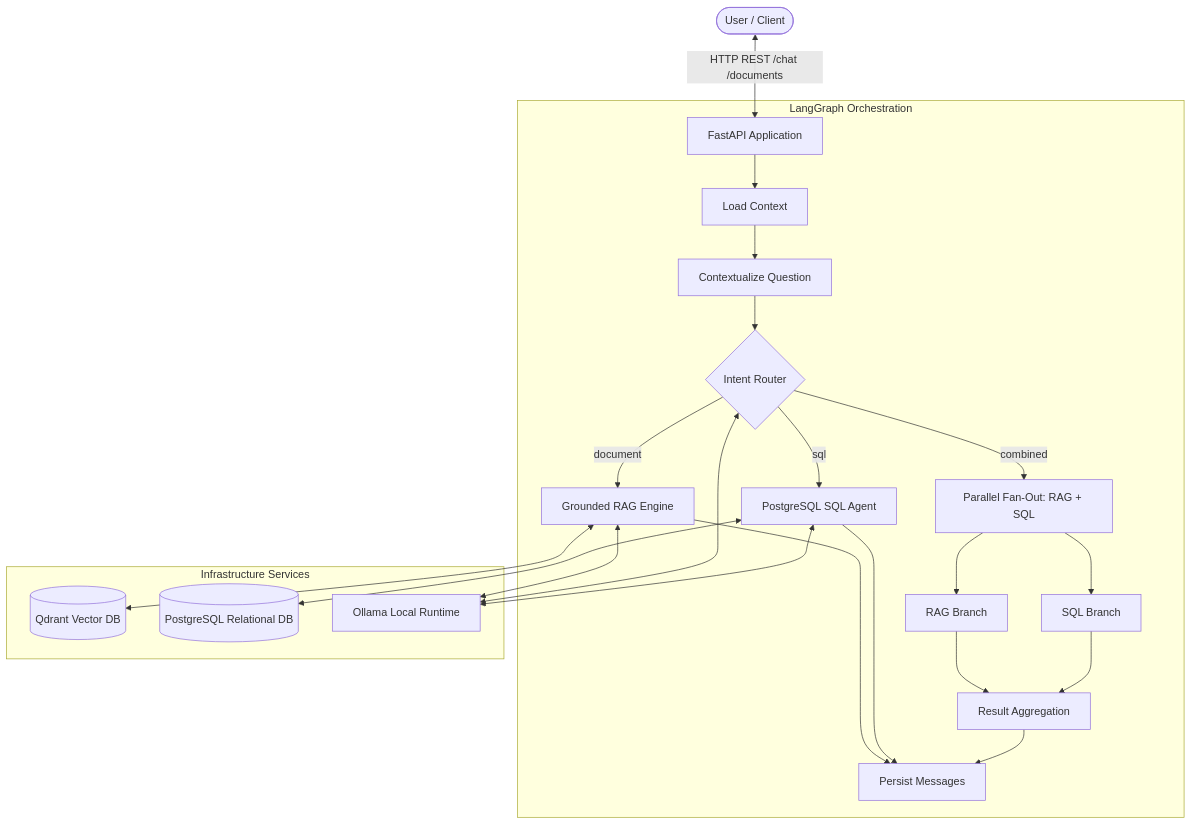
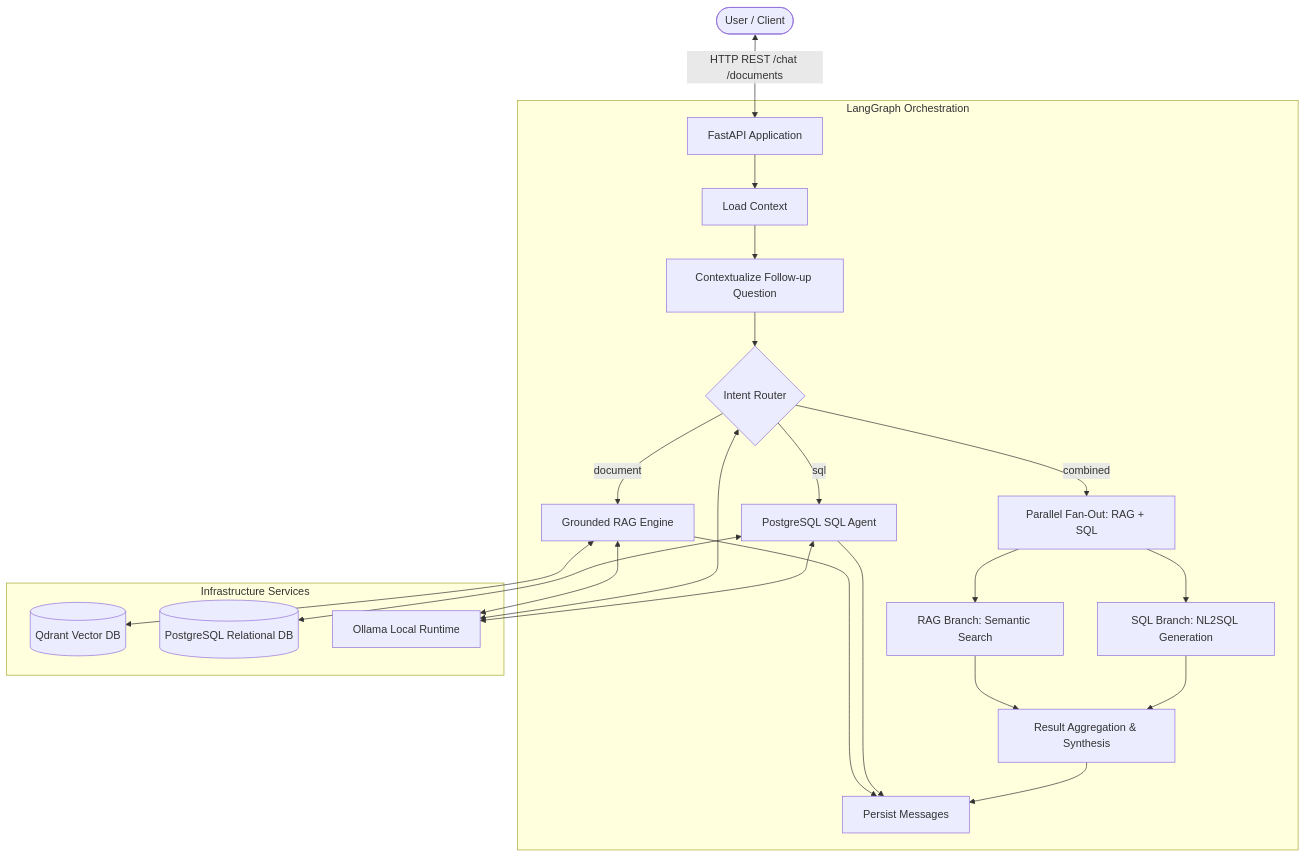
One commit to anandmindfire/Local-GenAI-Data-Assistant changed the diagram in README.md. Above: the diagram before and after it, drawn with Mermaid. The commit also changed other lines of this file and 3 other files, not shown here.

Commit message:
docs: update README and architecture docs with two-model setup, usage examples, and running instructions

````diff
--- a/README.md
+++ b/README.md
@@ -16,30 +16,30 @@
 ```mermaid
 flowchart TD
     User([User / Client]) <-->|HTTP REST /chat /documents| API[FastAPI Application]
 
     subgraph LangGraph Orchestration
         API --> LoadCtx[Load Context]
-        LoadCtx --> Contextualize[Contextualize Question]
+        LoadCtx --> Contextualize[Contextualize Follow-up Question]
         Contextualize --> Router{Intent Router}
         
         Router -->|document| RAG[Grounded RAG Engine]
         Router -->|sql| SQL[PostgreSQL SQL Agent]
         Router -->|combined| Parallel[Parallel Fan-Out: RAG + SQL]
         
-        Parallel --> RAG_Branch[RAG Branch]
-        Parallel --> SQL_Branch[SQL Branch]
+        Parallel --> RAG_Branch[RAG Branch: Semantic Search]
+        Parallel --> SQL_Branch[SQL Branch: NL2SQL Generation]
         
-        RAG_Branch --> Aggregate[Result Aggregation]
+        RAG_Branch --> Aggregate[Result Aggregation & Synthesis]
         SQL_Branch --> Aggregate
         
         RAG --> Persist[Persist Messages]
         SQL --> Persist
         Aggregate --> Persist
     end
 
     subgraph Infrastructure Services
         RAG <--> Qdrant[(Qdrant Vector DB)]
         SQL <--> PG[(PostgreSQL Relational DB)]
         RAG & Router & SQL <--> Ollama[Ollama Local Runtime]
     end
 ```
````
